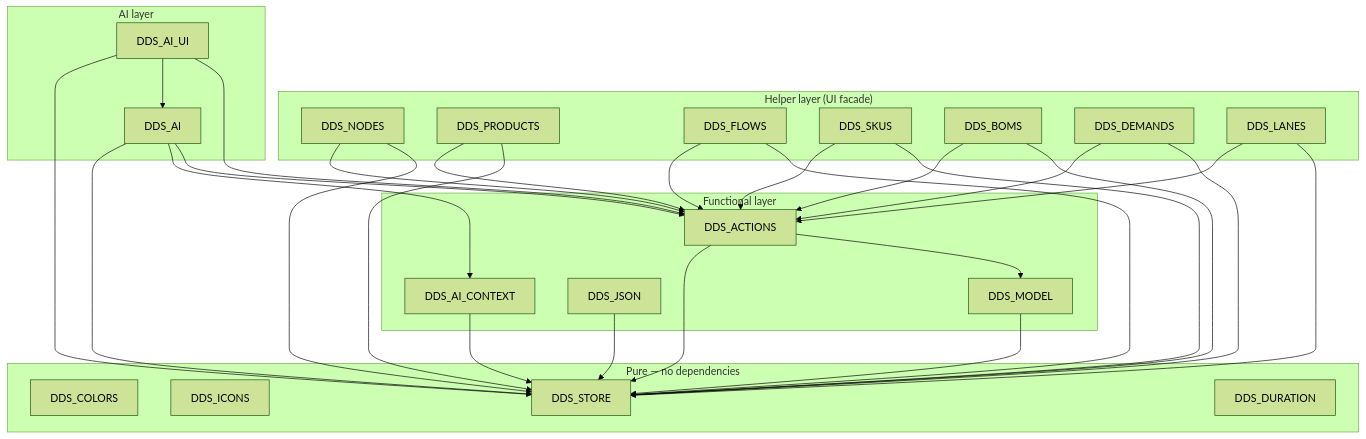
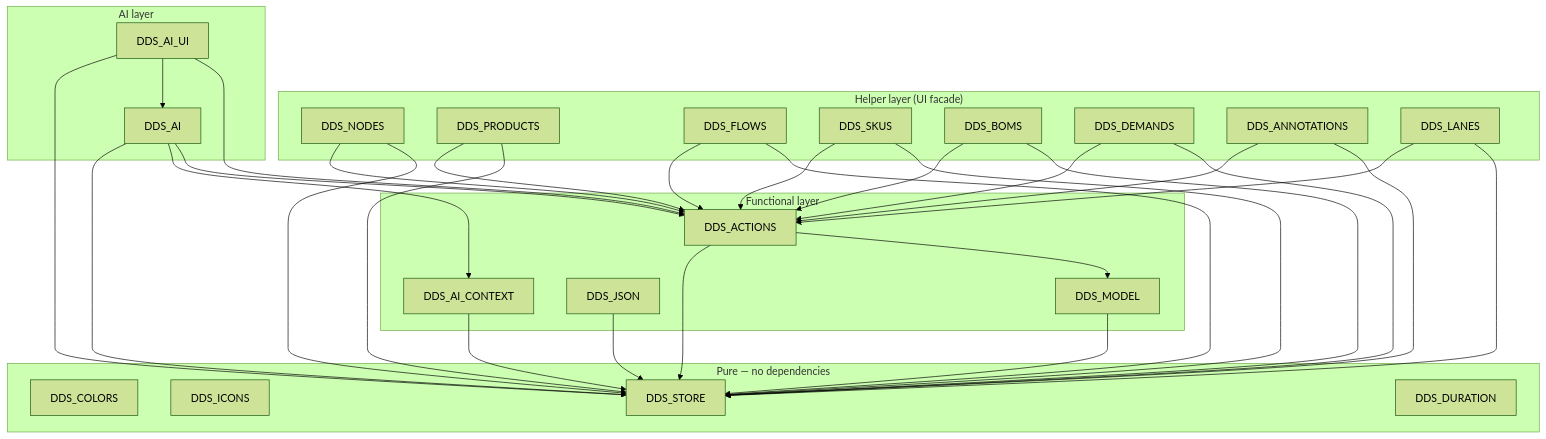
One commit to rlequette-t4b/ddscope-doc changed the diagram in docs/DDScope_Modules.md. Above: the diagram before and after it, drawn with Mermaid (forest theme). The commit also changed other lines of this file and 7 other files, not shown here.

````diff
--- a/docs/DDScope_Modules.md
+++ b/docs/DDScope_Modules.md
@@ -76,61 +78,64 @@
 ```mermaid
 graph TD
 
   subgraph Pure["Pure — no dependencies"]
     DDS_COLORS
     DDS_ICONS
     DDS_STORE
     DDS_DURATION
   end
 
   subgraph Functional["Functional layer"]
     DDS_MODEL
     DDS_ACTIONS
     DDS_JSON
     DDS_AI_CONTEXT
   end
 
   subgraph Helpers["Helper layer (UI facade)"]
     DDS_NODES
     DDS_PRODUCTS
     DDS_FLOWS
     DDS_SKUS
     DDS_BOMS
     DDS_DEMANDS
+    DDS_ANNOTATIONS
     DDS_LANES
   end
 
   subgraph AI["AI layer"]
     DDS_AI
     DDS_AI_UI
   end
 
   DDS_MODEL       --> DDS_STORE
   DDS_ACTIONS     --> DDS_STORE
   DDS_ACTIONS     --> DDS_MODEL
   DDS_JSON        --> DDS_STORE
   DDS_AI_CONTEXT  --> DDS_STORE
 
   DDS_NODES    --> DDS_ACTIONS
   DDS_NODES    --> DDS_STORE
   DDS_PRODUCTS --> DDS_ACTIONS
   DDS_PRODUCTS --> DDS_STORE
   DDS_FLOWS    --> DDS_ACTIONS
   DDS_FLOWS    --> DDS_STORE
   DDS_SKUS     --> DDS_ACTIONS
   DDS_SKUS     --> DDS_STORE
   DDS_BOMS     --> DDS_ACTIONS
   DDS_BOMS     --> DDS_STORE
   DDS_DEMANDS  --> DDS_ACTIONS
   DDS_DEMANDS  --> DDS_STORE
+  DDS_ANNOTATIONS --> DDS_ACTIONS
+  DDS_ANNOTATIONS --> DDS_STORE
   DDS_LANES    --> DDS_ACTIONS
   DDS_LANES    --> DDS_STORE
 
   DDS_AI          --> DDS_STORE
   DDS_AI          --> DDS_AI_CONTEXT
   DDS_AI          --> DDS_ACTIONS
 
   DDS_AI_UI       --> DDS_STORE
   DDS_AI_UI       --> DDS_AI
   DDS_AI_UI       --> DDS_ACTIONS
 ```
````
